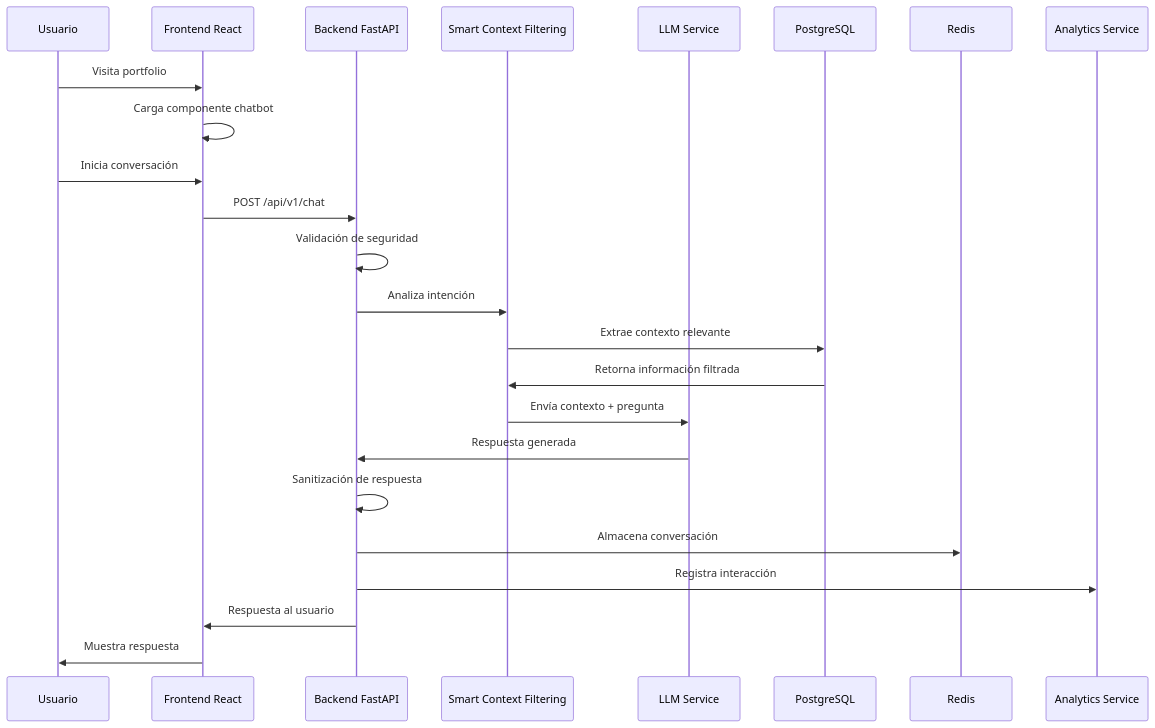
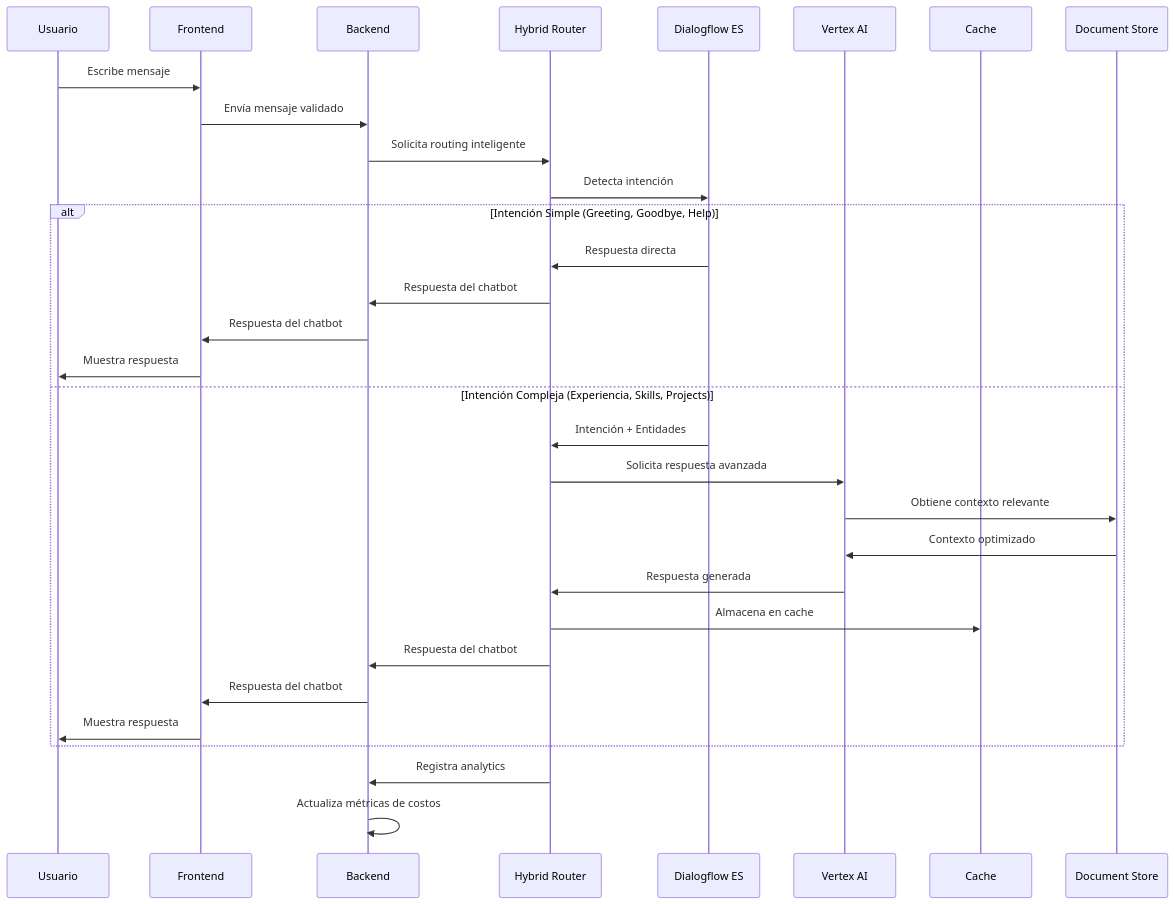
One commit to LIDR-academy/AI4Devs-finalproject changed the second of 11 diagrams in docs/design.md. Above: the diagram before and after it, drawn with Mermaid. The commit also changed other lines of this file and 13 other files, not shown here.

````diff
--- a/docs/design.md
+++ b/docs/design.md
@@ -73,27 +108,37 @@
 ```mermaid
 sequenceDiagram
     participant U as Usuario
-    participant F as Frontend React
-    participant B as Backend FastAPI
-    participant SCF as Smart Context Filtering
-    participant LLM as LLM Service
-    participant DB as PostgreSQL
-    participant Cache as Redis
-    participant Analytics as Analytics Service
+    participant F as Frontend
+    participant B as Backend
+    participant G as Hybrid Router
+    participant D as Dialogflow ES
+    participant V as Vertex AI
+    participant C as Cache
+    participant S as Document Store
     
-    U->>F: Visita portfolio
-    F->>F: Carga componente chatbot
-    U->>F: Inicia conversación
-    F->>B: POST /api/v1/chat
-    B->>B: Validación de seguridad
-    B->>SCF: Analiza intención
-    SCF->>DB: Extrae contexto relevante
-    DB->>SCF: Retorna información filtrada
-    SCF->>LLM: Envía contexto + pregunta
-    LLM->>B: Respuesta generada
-    B->>B: Sanitización de respuesta
-    B->>Cache: Almacena conversación
-    B->>Analytics: Registra interacción
-    B->>F: Respuesta al usuario
-    F->>U: Muestra respuesta
+    U->>F: Escribe mensaje
+    F->>B: Envía mensaje validado
+    B->>G: Solicita routing inteligente
+    
+    G->>D: Detecta intención
+    
+    alt Intención Simple (Greeting, Goodbye, Help)
+        D->>G: Respuesta directa
+        G->>B: Respuesta del chatbot
+        B->>F: Respuesta del chatbot
+        F->>U: Muestra respuesta
+    else Intención Compleja (Experiencia, Skills, Projects)
+        D->>G: Intención + Entidades
+        G->>V: Solicita respuesta avanzada
+        V->>S: Obtiene contexto relevante
+        S->>V: Contexto optimizado
+        V->>G: Respuesta generada
+        G->>C: Almacena en cache
+        G->>B: Respuesta del chatbot
+        B->>F: Respuesta del chatbot
+        F->>U: Muestra respuesta
+    end
+    
+    G->>B: Registra analytics
+    B->>B: Actualiza métricas de costos
 ```
````
